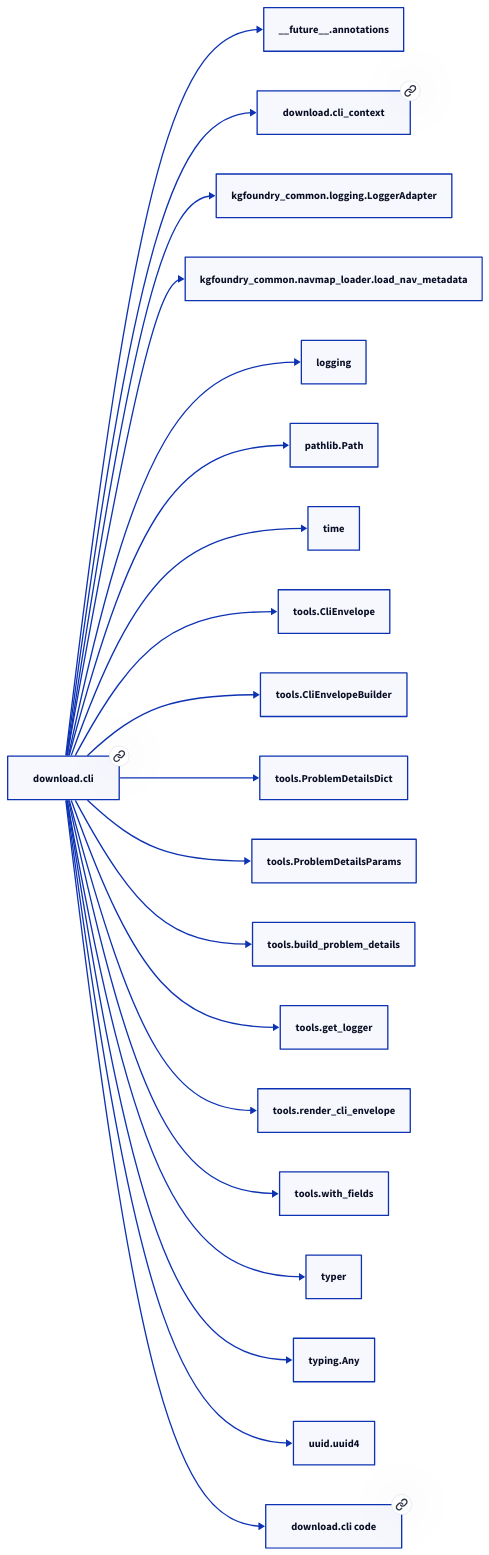
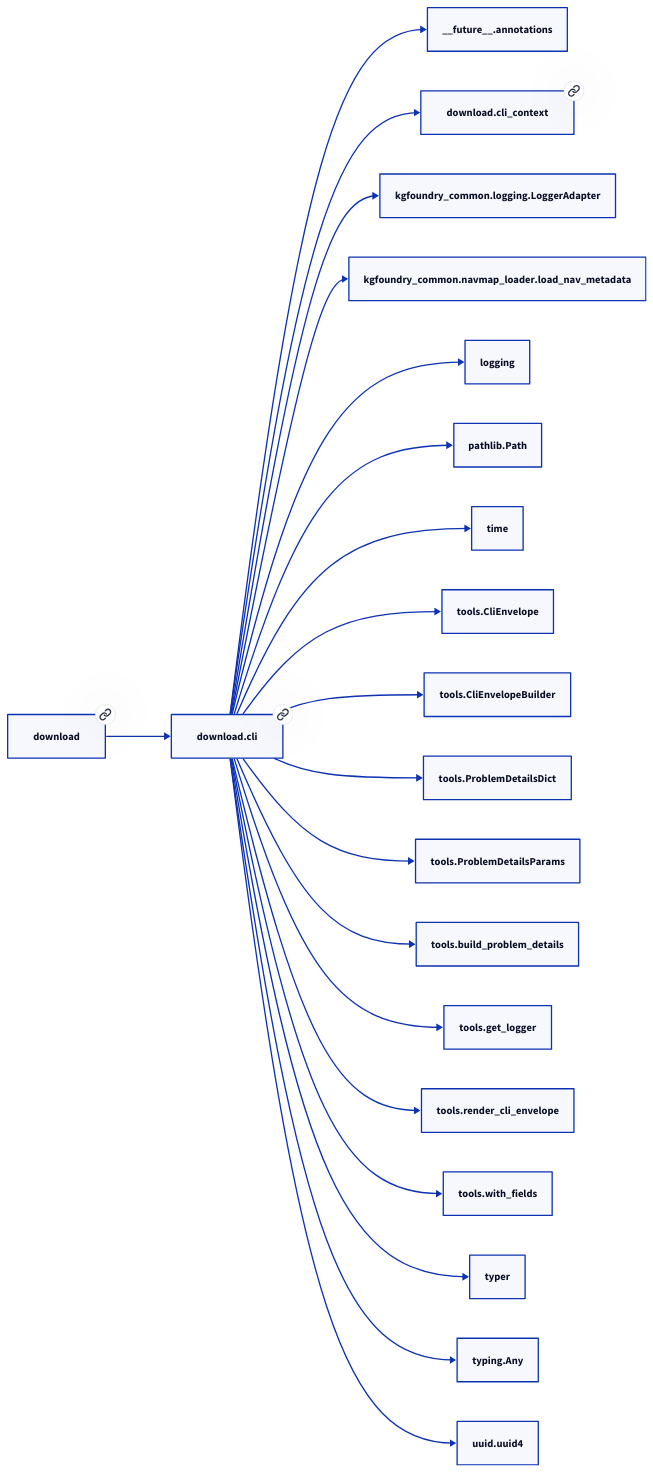
Before and after one commit to paul-heyse/kgforge: the diagram in docs/modules/download/cli.md, drawn with D2. The commit also changed other lines of this file and 208 other files, not shown here.

````diff
--- a/docs/modules/download/cli.md
+++ b/docs/modules/download/cli.md
@@ -51,42 +55,42 @@
 ```d2
 direction: right
-"download.cli": "download.cli" { link: "./download/cli.md" }
+"download.cli": "download.cli" { link: "https://github.com/paul-heyse/kgfoundry/blob/main/src/download/cli.py" }
 "__future__.annotations": "__future__.annotations"
 "download.cli" -> "__future__.annotations"
-"download.cli_context": "download.cli_context" { link: "./download/cli_context.md" }
+"download.cli_context": "download.cli_context" { link: "https://github.com/paul-heyse/kgfoundry/blob/main/src/download/cli_context.py" }
 "download.cli" -> "download.cli_context"
 "kgfoundry_common.logging.LoggerAdapter": "kgfoundry_common.logging.LoggerAdapter"
 "download.cli" -> "kgfoundry_common.logging.LoggerAdapter"
 "kgfoundry_common.navmap_loader.load_nav_metadata": "kgfoundry_common.navmap_loader.load_nav_metadata"
 "download.cli" -> "kgfoundry_common.navmap_loader.load_nav_metadata"
 "logging": "logging"
 "download.cli" -> "logging"
 "pathlib.Path": "pathlib.Path"
 "download.cli" -> "pathlib.Path"
 "time": "time"
 "download.cli" -> "time"
 "tools.CliEnvelope": "tools.CliEnvelope"
 "download.cli" -> "tools.CliEnvelope"
 "tools.CliEnvelopeBuilder": "tools.CliEnvelopeBuilder"
 "download.cli" -> "tools.CliEnvelopeBuilder"
 "tools.ProblemDetailsDict": "tools.ProblemDetailsDict"
 "download.cli" -> "tools.ProblemDetailsDict"
 "tools.ProblemDetailsParams": "tools.ProblemDetailsParams"
 "download.cli" -> "tools.ProblemDetailsParams"
 "tools.build_problem_details": "tools.build_problem_details"
 "download.cli" -> "tools.build_problem_details"
 "tools.get_logger": "tools.get_logger"
 "download.cli" -> "tools.get_logger"
 "tools.render_cli_envelope": "tools.render_cli_envelope"
 "download.cli" -> "tools.render_cli_envelope"
 "tools.with_fields": "tools.with_fields"
 "download.cli" -> "tools.with_fields"
 "typer": "typer"
 "download.cli" -> "typer"
 "typing.Any": "typing.Any"
 "download.cli" -> "typing.Any"
 "uuid.uuid4": "uuid.uuid4"
 "download.cli" -> "uuid.uuid4"
-"download.cli_code": "download.cli code" { link: "https://github.com/kgfoundry/kgfoundry/blob/main/src/download/cli.py" }
-"download.cli" -> "download.cli_code" { style: dashed }
+"download": "download" { link: "https://github.com/paul-heyse/kgfoundry/blob/main/src/download/__init__.py" }
+"download" -> "download.cli" { style: dashed }
 ```
````
